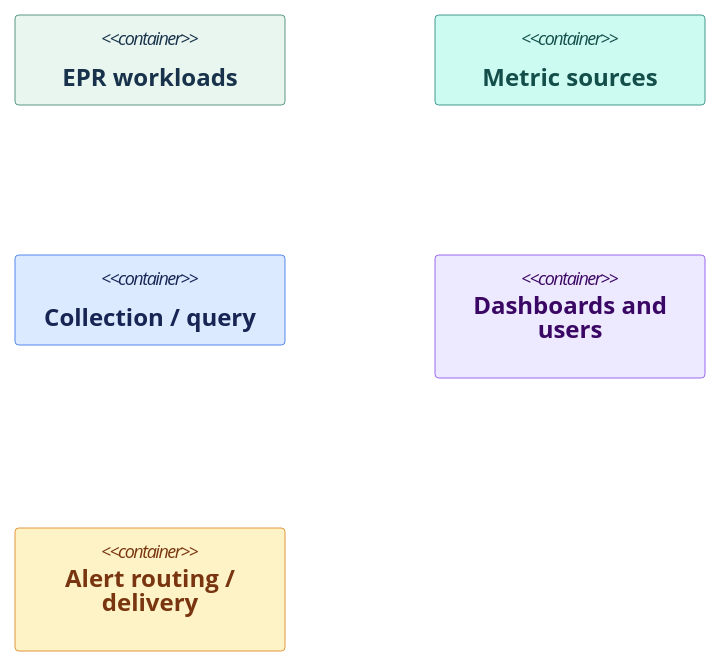
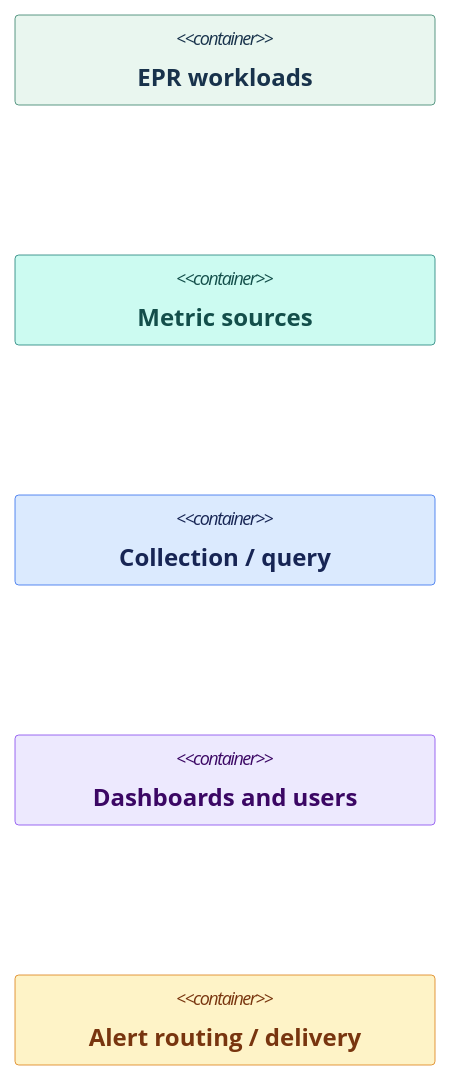
Before and after one commit to DFE-Digital/education-provider-registry-docs: the second of 3 diagrams in documentation/service/application-metrics-and-alerting-deployment-diagram.md, drawn with Mermaid.

Commit message:
metrics and alerting

````diff
--- a/documentation/service/application-metrics-and-alerting-deployment-diagram.md
+++ b/documentation/service/application-metrics-and-alerting-deployment-diagram.md
@@ -12,16 +12,16 @@
 ```mermaid
-%%{init: {"wrap": true, "c4": {"width": 180}}}%%
+%%{init: {"wrap": true, "c4": {"width": 280}}}%%
 C4Deployment
     Container(key_workloads, "EPR workloads", "")
     Container(key_sources, "Metric sources", "")
     Container(key_collection, "Collection / query", "")
     Container(key_dashboards, "Dashboards and users", "")
     Container(key_alerts, "Alert routing / delivery", "")
 
     UpdateElementStyle(key_workloads, $bgColor="#e9f6ef", $fontColor="#18324b", $borderColor="#26775e")
     UpdateElementStyle(key_sources, $bgColor="#ccfbf1", $fontColor="#134e4a", $borderColor="#0f766e")
     UpdateElementStyle(key_collection, $bgColor="#dbeafe", $fontColor="#172554", $borderColor="#2563eb")
     UpdateElementStyle(key_dashboards, $bgColor="#ede9fe", $fontColor="#3b0764", $borderColor="#7c3aed")
     UpdateElementStyle(key_alerts, $bgColor="#fef3c7", $fontColor="#78350f", $borderColor="#d97706")
     UpdateLayoutConfig($c4ShapeInRow="5", $c4BoundaryInRow="1")
 ```
````
